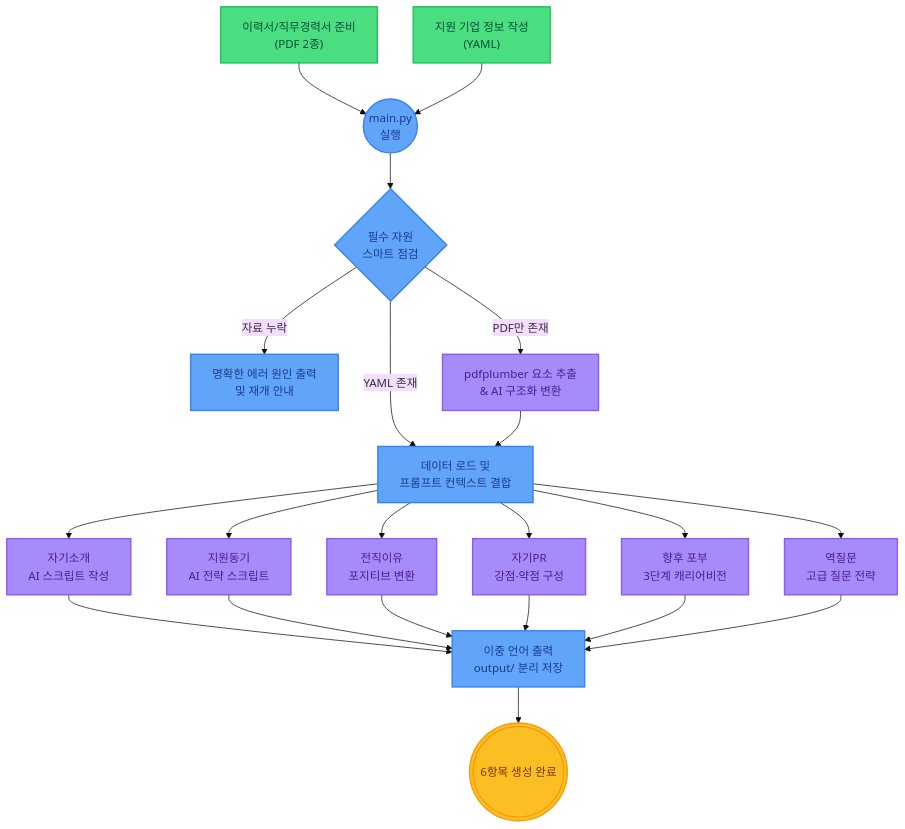
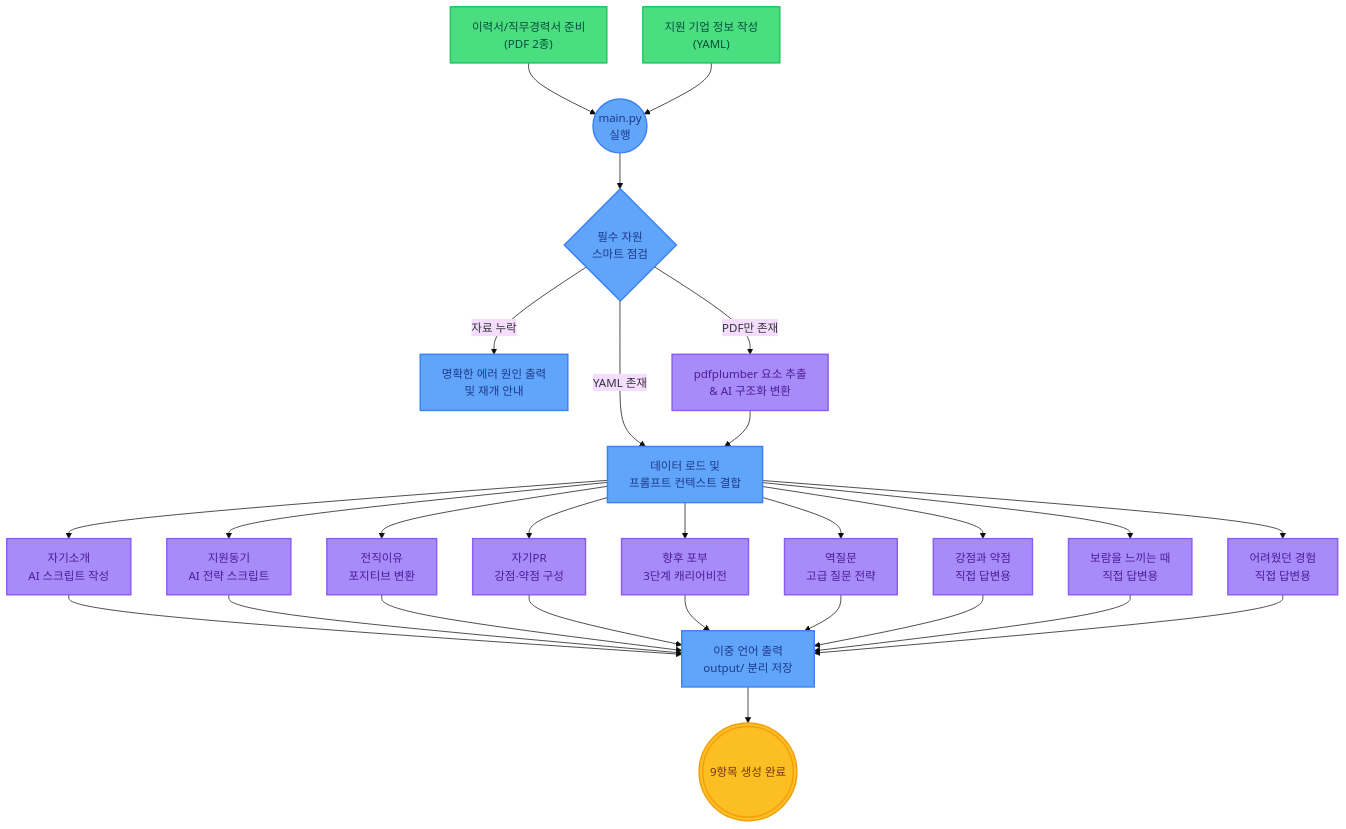
The diagram in README.md (Ugee0810/AI-Agents.Naite), drawn with Mermaid (base theme) before and after one commit. The commit also changed other lines of this file and 3 other files, not shown here.

````diff
--- a/README.md
+++ b/README.md
@@ -26,38 +26,44 @@
 ```mermaid
 graph TD
     classDef user fill:#4ade80,stroke:#22c55e,stroke-width:2px,color:#064e3b;
     classDef system fill:#60a5fa,stroke:#3b82f6,stroke-width:2px,color:#1e3a8a;
     classDef ai fill:#a78bfa,stroke:#8b5cf6,stroke-width:2px,color:#4c1d95;
     classDef result fill:#fbbf24,stroke:#f59e0b,stroke-width:2px,color:#78350f;
 
     %% 준비
     A1["이력서/직무경력서 준비<br>(PDF 2종)"]:::user
     A2["지원 기업 정보 작성<br>(YAML)"]:::user
     
     A1 --> B(("main.py<br>실행")):::system
     A2 --> B
     
     %% 파이프라인 로직
     B --> C{"필수 자원<br>스마트 점검"}:::system
     C -- "자료 누락" --> Err["명확한 에러 원인 출력<br>및 재개 안내"]:::system
     
     C -- "PDF만 존재" --> D["pdfplumber 요소 추출<br>& AI 구조화 변환"]:::ai
     C -- "YAML 존재" --> E["데이터 로드 및<br>프롬프트 컨텍스트 결합"]:::system
     D --> E
     
-    %% AI 분석 및 결과 (6항목)
+    %% AI 분석 및 결과 (9항목)
     E --> F1["자기소개<br>AI 스크립트 작성"]:::ai
     E --> F2["지원동기<br>AI 전략 스크립트"]:::ai
     E --> F3["전직이유<br>포지티브 변환"]:::ai
     E --> F4["자기PR<br>강점·약점 구성"]:::ai
     E --> F5["향후 포부<br>3단계 캐리어비전"]:::ai
     E --> F6["역질문<br>고급 질문 전략"]:::ai
+    E --> F7["강점과 약점<br>직접 답변용"]:::ai
+    E --> F8["보람을 느끼는 때<br>직접 답변용"]:::ai
+    E --> F9["어려웠던 경험<br>직접 답변용"]:::ai
     
     F1 --> G["이중 언어 출력<br>output/ 분리 저장"]:::system
     F2 --> G
     F3 --> G
     F4 --> G
     F5 --> G
     F6 --> G
-    G --> H((("6항목 생성 완료"))):::result
+    F7 --> G
+    F8 --> G
+    F9 --> G
+    G --> H((("9항목 생성 완료"))):::result
 ```
````
